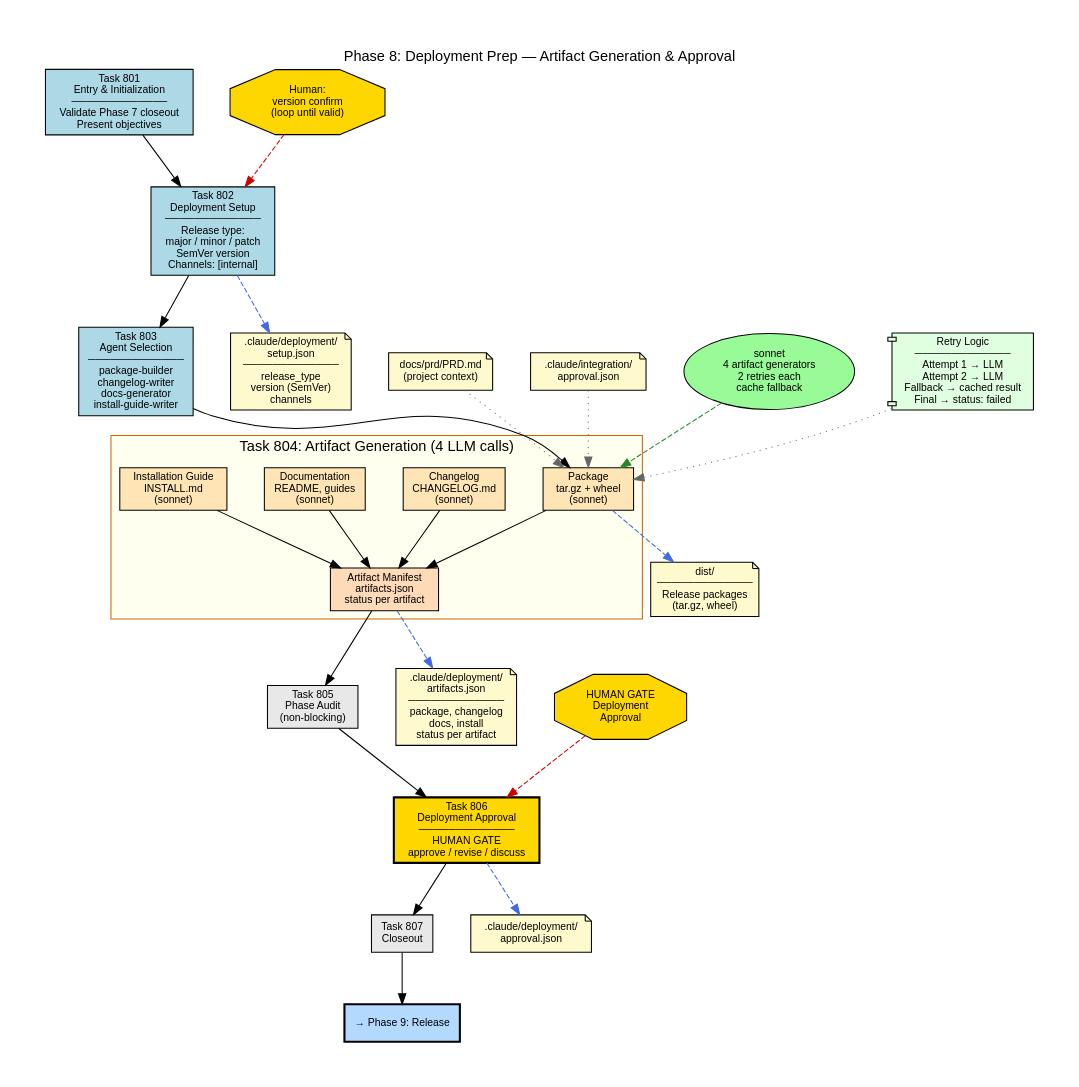
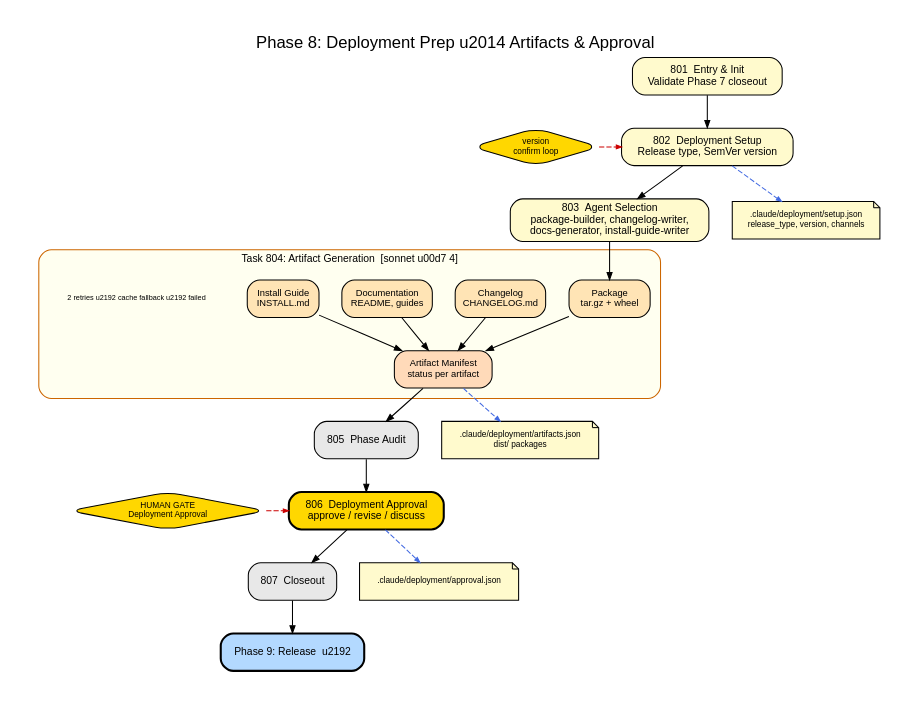
The diagram in dev/docs/diagrams/09-phase-08-deployment-prep.dot (turbobeest/atomic-claude), drawn with Graphviz before and after one commit. The commit also changed 21 other files, not shown here.

First line of the commit message:
Clean up all 12 architecture diagrams for readability

```diff
--- a/dev/docs/diagrams/09-phase-08-deployment-prep.dot
+++ b/dev/docs/diagrams/09-phase-08-deployment-prep.dot
@@ -1,91 +1,81 @@
 // Phase 8: Deployment Prep — Task Flow
-// Artifact generation via LLM with retry/cache fallback
 // Generated: 2026-03-01 from codebase analysis
 
 digraph phase_08_deployment_prep {
     rankdir=TB
     fontname="Helvetica"
-    fontsize=14
-    label="Phase 8: Deployment Prep — Artifact Generation & Approval"
+    fontsize=16
+    label="Phase 8: Deployment Prep \u2014 Artifacts & Approval"
     labelloc=t
-    pad=0.5
-    nodesep=0.5
-    ranksep=0.7
+    labeljust=c
+    pad=0.3
+    nodesep=0.3
+    ranksep=0.45
+    splines=true
+    bgcolor=white
 
-    node [fontname="Helvetica", fontsize=10, style=filled, shape=box]
-    edge [fontname="Helvetica", fontsize=9]
+    node [fontname="Helvetica", fontsize=10, style="filled,rounded", shape=box, margin="0.12,0.06"]
+    edge [fontname="Helvetica", fontsize=8, arrowsize=0.7]
 
-    // Tasks
-    t801 [label="Task 801\nEntry & Initialization\n─────────────\nValidate Phase 7 closeout\nPresent objectives", fillcolor="#ADD8E6"]
-    t802 [label="Task 802\nDeployment Setup\n─────────────\nRelease type:\nmajor / minor / patch\nSemVer version\nChannels: [internal]", fillcolor="#ADD8E6"]
-    t803 [label="Task 803\nAgent Selection\n─────────────\npackage-builder\nchangelog-writer\ndocs-generator\ninstall-guide-writer", fillcolor="#ADD8E6"]
+    // ── Task spine ──
+    t801 [label="801  Entry & Init\nValidate Phase 7 closeout", fillcolor="#FFFACD"]
+    t802 [label="802  Deployment Setup\nRelease type, SemVer version", fillcolor="#FFFACD"]
+    t803 [label="803  Agent Selection\npackage-builder, changelog-writer,\ndocs-generator, install-guide-writer", fillcolor="#FFFACD"]
 
-    // Artifact generation cluster
+    t801 -> t802 -> t803
+
+    // ── Artifact generation ──
     subgraph cluster_artifacts {
-        label="Task 804: Artifact Generation (4 LLM calls)"
-        style=filled
+        label="Task 804: Artifact Generation  [sonnet \u00d7 4]"
+        labeljust=c
+        fontsize=10
+        style="filled,rounded"
+        color="#CC6600"
         fillcolor="#FFFFF0"
-        color="#CC6600"
+        margin=10
 
-        pkg [label="Package\ntar.gz + wheel\n(sonnet)", shape=box, fillcolor="#FFE4B5"]
-        changelog [label="Changelog\nCHANGELOG.md\n(sonnet)", shape=box, fillcolor="#FFE4B5"]
-        docs [label="Documentation\nREADME, guides\n(sonnet)", shape=box, fillcolor="#FFE4B5"]
-        install [label="Installation Guide\nINSTALL.md\n(sonnet)", shape=box, fillcolor="#FFE4B5"]
+        node [fontsize=9, margin="0.08,0.04"]
+        pkg [label="Package\ntar.gz + wheel", fillcolor="#FFE4B5"]
+        changelog [label="Changelog\nCHANGELOG.md", fillcolor="#FFE4B5"]
+        docs [label="Documentation\nREADME, guides", fillcolor="#FFE4B5"]
+        installg [label="Install Guide\nINSTALL.md", fillcolor="#FFE4B5"]
 
-        {rank=same; pkg; changelog; docs; install}
+        {rank=same; pkg; changelog; docs; installg}
 
-        manifest [label="Artifact Manifest\nartifacts.json\nstatus per artifact", shape=box, fillcolor="#FFDAB9"]
+        manifest [label="Artifact Manifest\nstatus per artifact", fillcolor="#FFDAB9"]
         pkg -> manifest
         changelog -> manifest
         docs -> manifest
-        install -> manifest
+        installg -> manifest
+
+        retry [label="2 retries \u2192 cache fallback \u2192 failed", shape=plaintext, fontsize=7, fillcolor="#FFFFF0"]
     }
 
-    t805 [label="Task 805\nPhase Audit\n(non-blocking)", fillcolor="#E8E8E8"]
-    t806 [label="Task 806\nDeployment Approval\n─────────────\nHUMAN GATE\napprove / revise / discuss", fillcolor="#FFD700", style="filled,bold"]
-    t807 [label="Task 807\nCloseout", fillcolor="#E8E8E8"]
+    // ── Post-generation ──
+    t805 [label="805  Phase Audit", fillcolor="#E8E8E8"]
+    t806 [label="806  Deployment Approval\napprove / revise / discuss", fillcolor="#FFD700", style="filled,rounded,bold"]
+    t807 [label="807  Closeout", fillcolor="#E8E8E8"]
+    next [label="Phase 9: Release  \u2192", fillcolor="#B3D9FF", style="filled,rounded,bold"]
 
-    t801 -> t802 -> t803 -> pkg [lhead=cluster_artifacts]
-    manifest -> t805 -> t806 -> t807
+    t803 -> pkg [lhead=cluster_artifacts]
+    manifest -> t805 -> t806 -> t807 -> next
 
-    // Inputs
-    node [shape=note, fillcolor="#FFFACD"]
-    i_prd [label="docs/prd/PRD.md\n(project context)"]
-    i_integration [label=".claude/integration/\napproval.json"]
-    i_prd -> pkg [style=dotted, color="#666666"]
-    i_integration -> pkg [style=dotted, color="#666666"]
+    // ── Human gates ──
+    node [shape=diamond, fillcolor="#FFD700", fontsize=8, margin="0.08,0.04"]
+    h_ver [label="version\nconfirm loop"]
+    h_deploy [label="HUMAN GATE\nDeployment Approval"]
+    h_ver -> t802 [style=dashed, color="#CC0000", arrowsize=0.5]
+    h_deploy -> t806 [style=dashed, color="#CC0000", arrowsize=0.5]
+    {rank=same; t802; h_ver}
+    {rank=same; t806; h_deploy}
 
-    // LLM
-    node [shape=oval, fillcolor="#98FB98"]
-    llm [label="sonnet\n4 artifact generators\n2 retries each\ncache fallback"]
-    llm -> pkg [style=dashed, color="#228B22"]
+    // ── Outputs ──
+    node [shape=note, fillcolor="#FFFACD", fontsize=8, margin="0.08,0.04"]
+    o_setup [label=".claude/deployment/setup.json\nrelease_type, version, channels"]
+    o_artifacts [label=".claude/deployment/artifacts.json\ndist/ packages"]
+    o_approval [label=".claude/deployment/approval.json"]
 
-    // Retry/fallback detail
-    node [shape=component, fillcolor="#E0FFE0"]
-    retry [label="Retry Logic\n─────────────\nAttempt 1 → LLM\nAttempt 2 → LLM\nFallback → cached result\nFinal → status: failed"]
-    retry -> pkg [style=dotted, color="#666666"]
-
-    // Outputs
-    node [shape=note, fillcolor="#FFFACD"]
-    o_setup [label=".claude/deployment/\nsetup.json\n─────────────\nrelease_type\nversion (SemVer)\nchannels"]
-    o_artifacts [label=".claude/deployment/\nartifacts.json\n─────────────\npackage, changelog\ndocs, install\nstatus per artifact"]
-    o_dist [label="dist/\n─────────────\nRelease packages\n(tar.gz, wheel)"]
-    o_approval [label=".claude/deployment/\napproval.json"]
-
-    t802 -> o_setup [style=dashed, color="#4169E1"]
-    manifest -> o_artifacts [style=dashed, color="#4169E1"]
-    pkg -> o_dist [style=dashed, color="#4169E1"]
-    t806 -> o_approval [style=dashed, color="#4169E1"]
-
-    // Human gates
-    node [shape=octagon, fillcolor="#FFD700"]
-    h802 [label="Human:\nversion confirm\n(loop until valid)"]
-    h806 [label="HUMAN GATE\nDeployment\nApproval"]
-    h802 -> t802 [style=dashed, color="#CC0000"]
-    h806 -> t806 [style=dashed, color="#CC0000"]
-
-    // Next phase
-    node [shape=box, fillcolor="#B3D9FF", style="filled,bold"]
-    next [label="→ Phase 9: Release"]
-    t807 -> next
+    t802 -> o_setup [style=dashed, color="#4169E1", arrowsize=0.5]
+    manifest -> o_artifacts [style=dashed, color="#4169E1", arrowsize=0.5]
+    t806 -> o_approval [style=dashed, color="#4169E1", arrowsize=0.5]
 }
```
